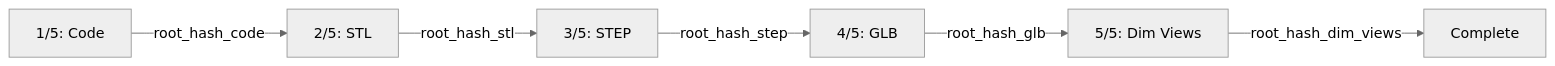
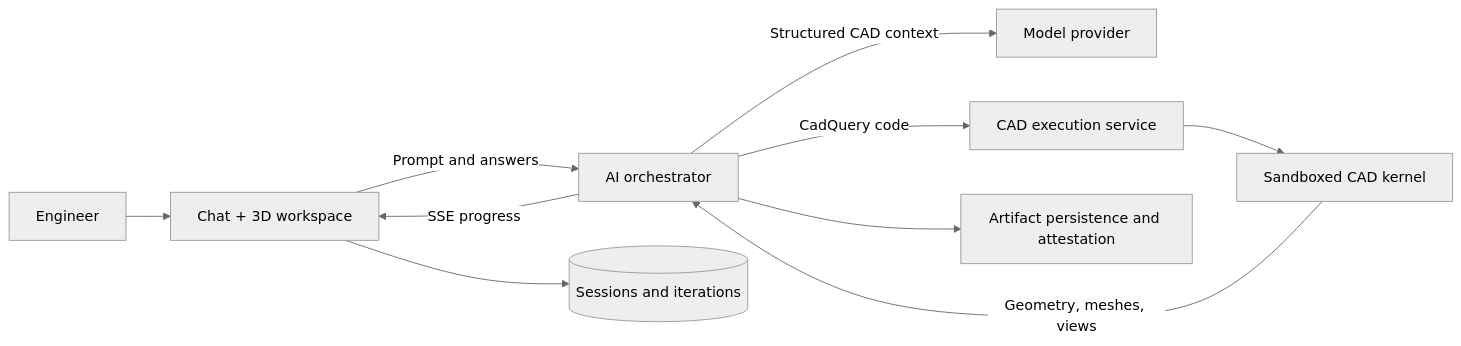
Before and after one commit to ashishexee/chamfer-ai: the second of 2 diagrams in README.md, drawn with Mermaid (neutral theme). The commit also changed other lines of this file, not shown here.

First line of the commit message:
docs: refocus README on the CAD workflow and product

````diff
--- a/README.md
+++ b/README.md
@@ -433,8 +142,12 @@
 ```mermaid
-graph LR
-    A["1/5: Code"] -->|root_hash_code| B["2/5: STL"]
-    B -->|root_hash_stl| C["3/5: STEP"]
-    C -->|root_hash_step| D["4/5: GLB"]
-    D -->|root_hash_glb| E["5/5: Dim Views"]
-    E -->|root_hash_dim_views| Done["Complete"]
+flowchart LR
+    U["Engineer"] --> F["Chat + 3D workspace"]
+    F -->|Prompt and answers| A["AI orchestrator"]
+    A -->|Structured CAD context| M["Model provider"]
+    A -->|CadQuery code| C["CAD execution service"]
+    C --> S["Sandboxed CAD kernel"]
+    S -->|Geometry, meshes, views| A
+    A -->|SSE progress| F
+    F --> D[("Sessions and iterations")]
+    A --> P["Artifact persistence and attestation"]
 ```
````
